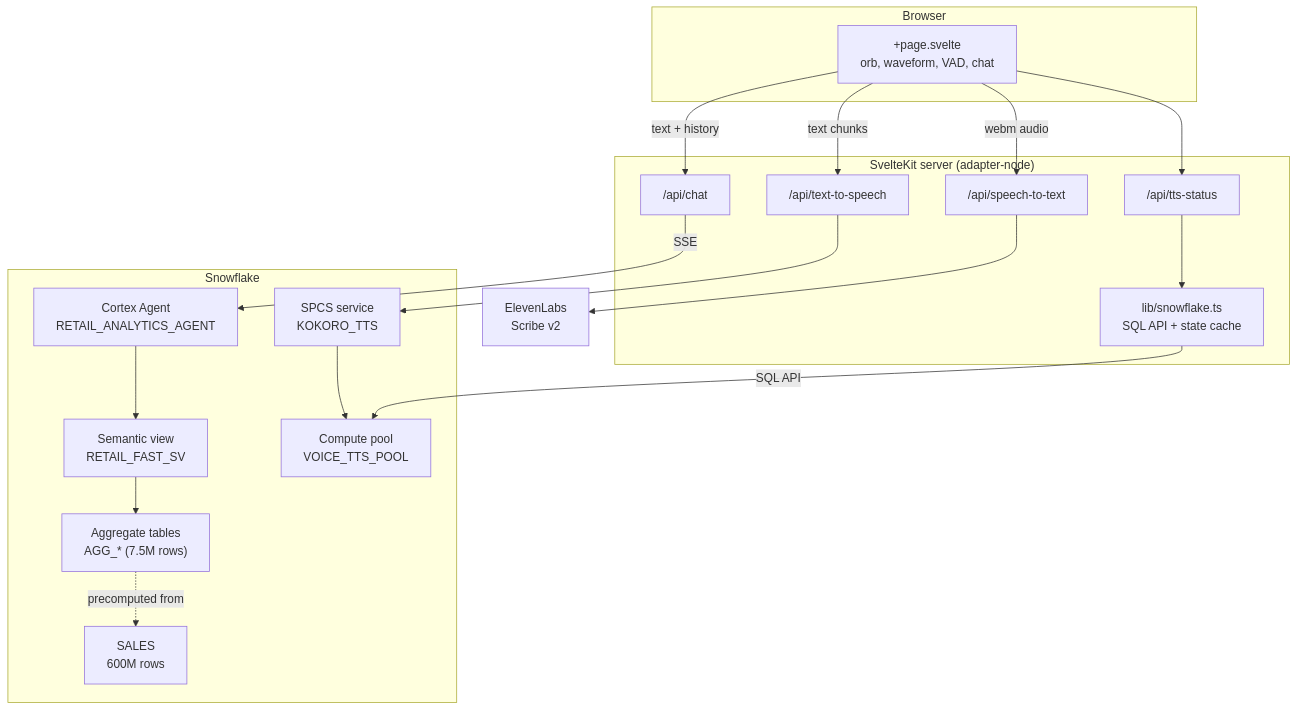
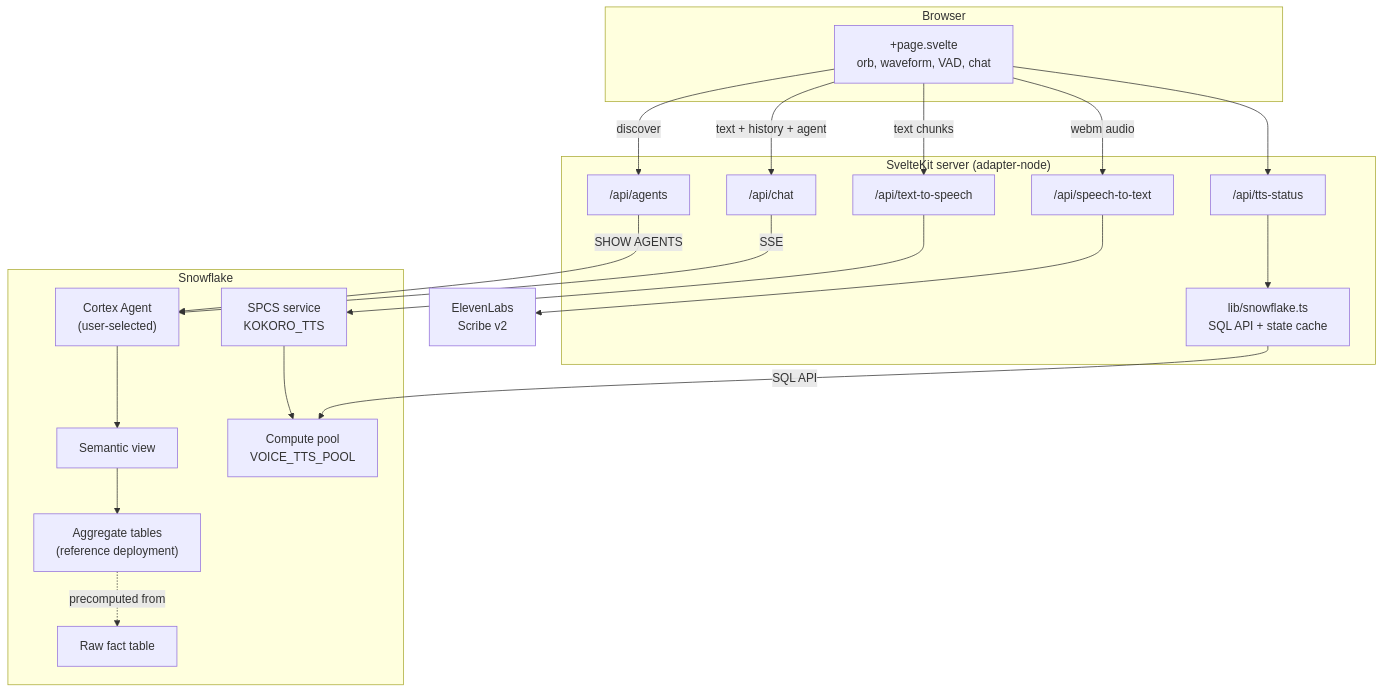
The diagram in ARCHITECTURE.md (sfc-gh-rmoceri/voice-agent-demo), drawn with Mermaid before and after one commit. The commit also changed other lines of this file and 8 other files, not shown here.

````diff
--- a/ARCHITECTURE.md
+++ b/ARCHITECTURE.md
@@ -12,34 +16,36 @@
 ```mermaid
 flowchart TB
     subgraph Browser
         UI["+page.svelte<br/>orb, waveform, VAD, chat"]
     end
 
     subgraph SAR["SvelteKit server (adapter-node)"]
         STT["/api/speech-to-text"]
         CHAT["/api/chat"]
+        LIST["/api/agents"]
         TTS["/api/text-to-speech"]
         STATUS["/api/tts-status"]
         SF["lib/snowflake.ts<br/>SQL API + state cache"]
     end
 
     subgraph Snowflake
-        AGENT["Cortex Agent<br/>RETAIL_ANALYTICS_AGENT"]
-        SV["Semantic view<br/>RETAIL_FAST_SV"]
-        AGG["Aggregate tables<br/>AGG_* (7.5M rows)"]
-        RAW["SALES<br/>600M rows"]
+        AGENT["Cortex Agent<br/>(user-selected)"]
+        SV["Semantic view"]
+        AGG["Aggregate tables<br/>(reference deployment)"]
+        RAW["Raw fact table"]
         KOKORO["SPCS service<br/>KOKORO_TTS"]
         POOL["Compute pool<br/>VOICE_TTS_POOL"]
     end
 
     EL["ElevenLabs<br/>Scribe v2"]
 
     UI -->|"webm audio"| STT --> EL
-    UI -->|"text + history"| CHAT -->|"SSE"| AGENT
+    UI -->|"text + history + agent"| CHAT -->|"SSE"| AGENT
+    UI -->|"discover"| LIST -->|"SHOW AGENTS"| AGENT
     AGENT --> SV --> AGG
     AGG -.->|"precomputed from"| RAW
     UI -->|"text chunks"| TTS --> KOKORO
     UI --> STATUS --> SF
     SF -->|"SQL API"| POOL
     KOKORO --> POOL
 ```
````
